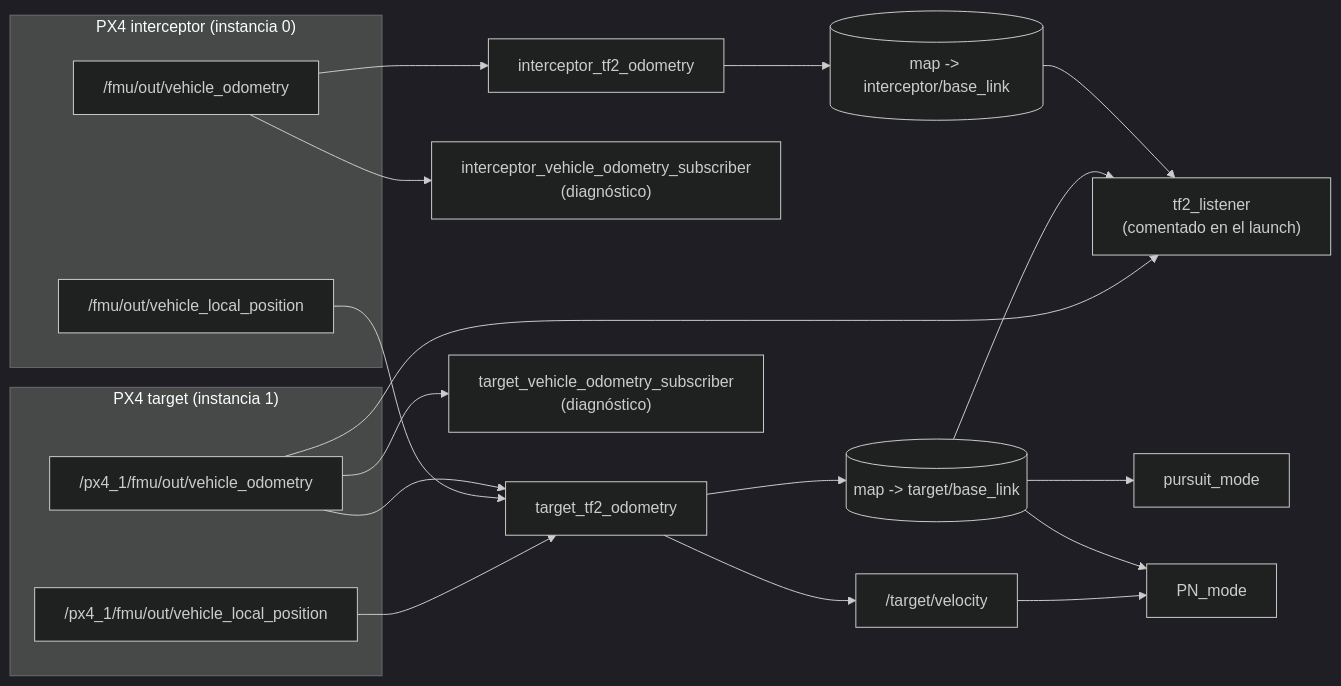
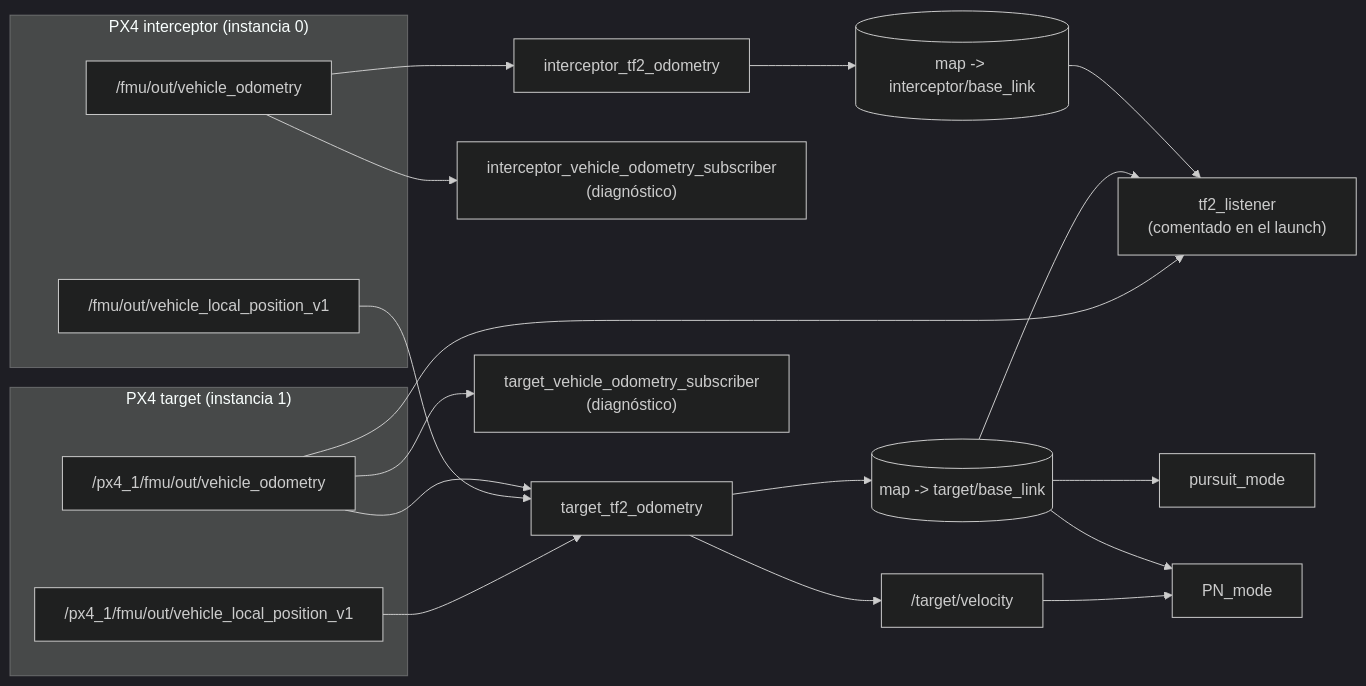
Before and after one commit to PACO-Interceptor/ws_interceptor: the diagram in docs/wiki/Nodes-and-topics.md, drawn with Mermaid. The commit also changed other lines of this file and 8 other files, not shown here.

````diff
--- a/docs/wiki/Nodes-and-topics.md
+++ b/docs/wiki/Nodes-and-topics.md
@@ -37,32 +37,32 @@
 ```mermaid
 %%{init: {"theme": "dark", "themeVariables": {"lineColor": "#cccccc", "edgeLabelBackground": "#1e1e1e"}}}%%
 flowchart LR
     subgraph PX0["PX4 interceptor (instancia 0)"]
         O0["/fmu/out/vehicle_odometry"]
-        L0["/fmu/out/vehicle_local_position"]
+        L0["/fmu/out/vehicle_local_position_v1"]
     end
     subgraph PX1["PX4 target (instancia 1)"]
         O1["/px4_1/fmu/out/vehicle_odometry"]
-        L1["/px4_1/fmu/out/vehicle_local_position"]
+        L1["/px4_1/fmu/out/vehicle_local_position_v1"]
     end
 
     O0 --> ITF[interceptor_tf2_odometry]
     O0 --> IVS["interceptor_vehicle_odometry_subscriber<br/>(diagnóstico)"]
 
     O1 --> TTF[target_tf2_odometry]
     L0 --> TTF
     L1 --> TTF
     O1 --> TVS["target_vehicle_odometry_subscriber<br/>(diagnóstico)"]
 
     ITF --> TFI[("map -> interceptor/base_link")]
     TTF --> TFT[("map -> target/base_link")]
     TTF --> VEL["/target/velocity"]
 
     TFT --> PURSUIT[pursuit_mode]
     TFT --> PN[PN_mode]
     VEL --> PN
 
     TFI --> LISTENER["tf2_listener<br/>(comentado en el launch)"]
     TFT --> LISTENER
     O1 --> LISTENER
 ```
````
